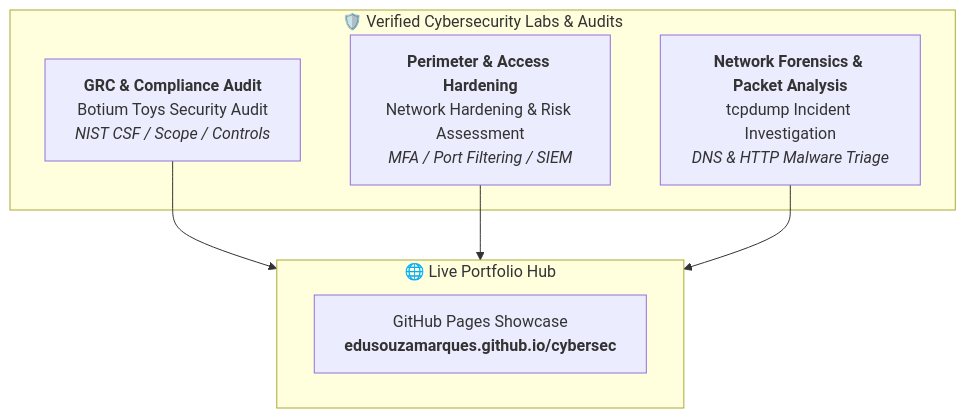
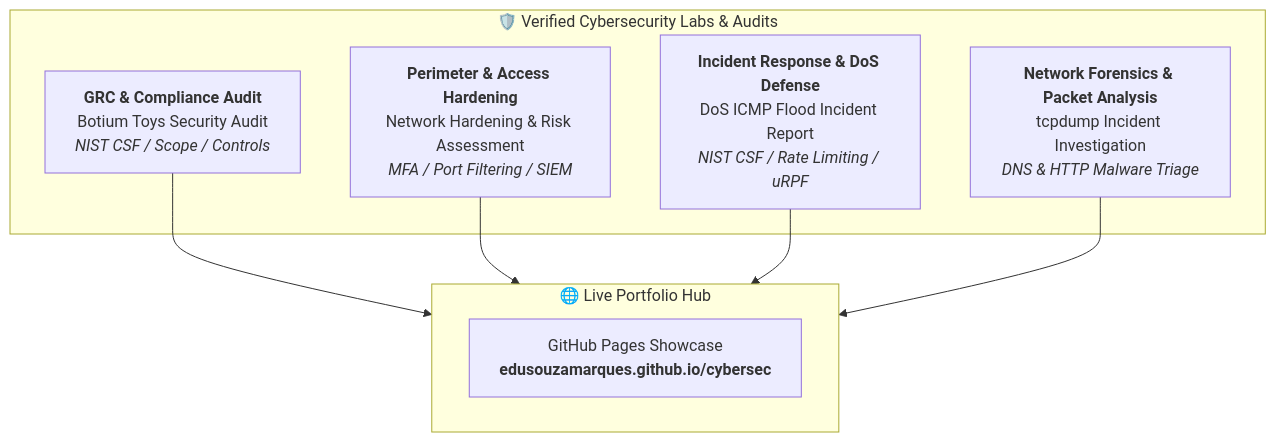
Before and after one commit to edusouzamarques/edusouzamarques: the diagram in README.md, drawn with Mermaid. The commit also changed other lines of this file, not shown here.

Commit message:
feat: add DoS ICMP flood incident report analysis to hands-on portfolio showcase

````diff
--- a/README.md
+++ b/README.md
@@ -12,16 +12,18 @@
 ```mermaid
 flowchart TD
     subgraph Labs["🛡️ Verified Cybersecurity Labs & Audits"]
         L1["<b>GRC & Compliance Audit</b><br/>Botium Toys Security Audit<br/><i>NIST CSF / Scope / Controls</i>"]
         L2["<b>Perimeter & Access Hardening</b><br/>Network Hardening & Risk Assessment<br/><i>MFA / Port Filtering / SIEM</i>"]
-        L3["<b>Network Forensics & Packet Analysis</b><br/>tcpdump Incident Investigation<br/><i>DNS & HTTP Malware Triage</i>"]
+        L3["<b>Incident Response & DoS Defense</b><br/>DoS ICMP Flood Incident Report<br/><i>NIST CSF / Rate Limiting / uRPF</i>"]
+        L4["<b>Network Forensics & Packet Analysis</b><br/>tcpdump Incident Investigation<br/><i>DNS & HTTP Malware Triage</i>"]
     end
 
     subgraph Hub["🌐 Live Portfolio Hub"]
         Web["GitHub Pages Showcase<br/><b>edusouzamarques.github.io/cybersec</b>"]
     end
 
     L1 --> Hub
     L2 --> Hub
     L3 --> Hub
+    L4 --> Hub
 ```
````
